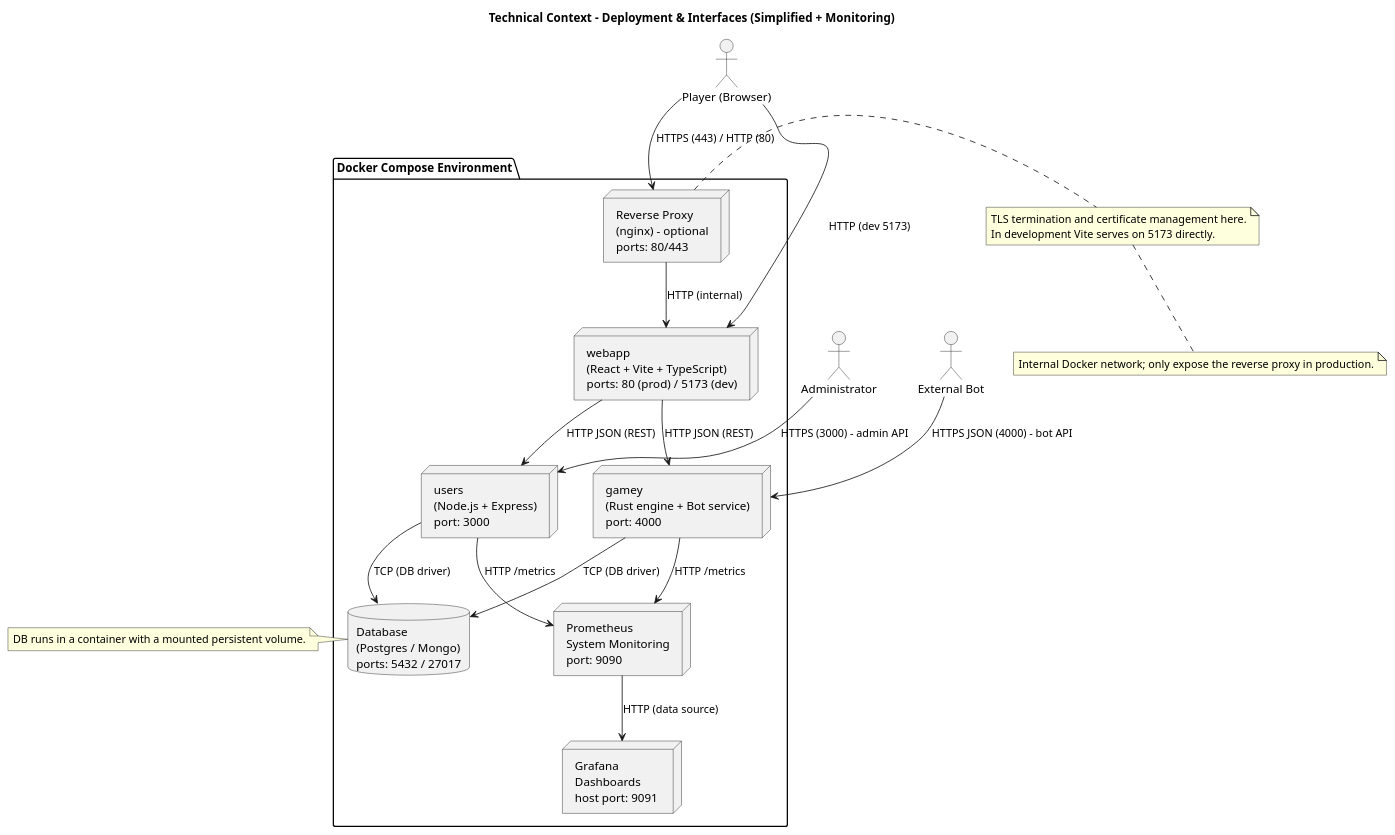
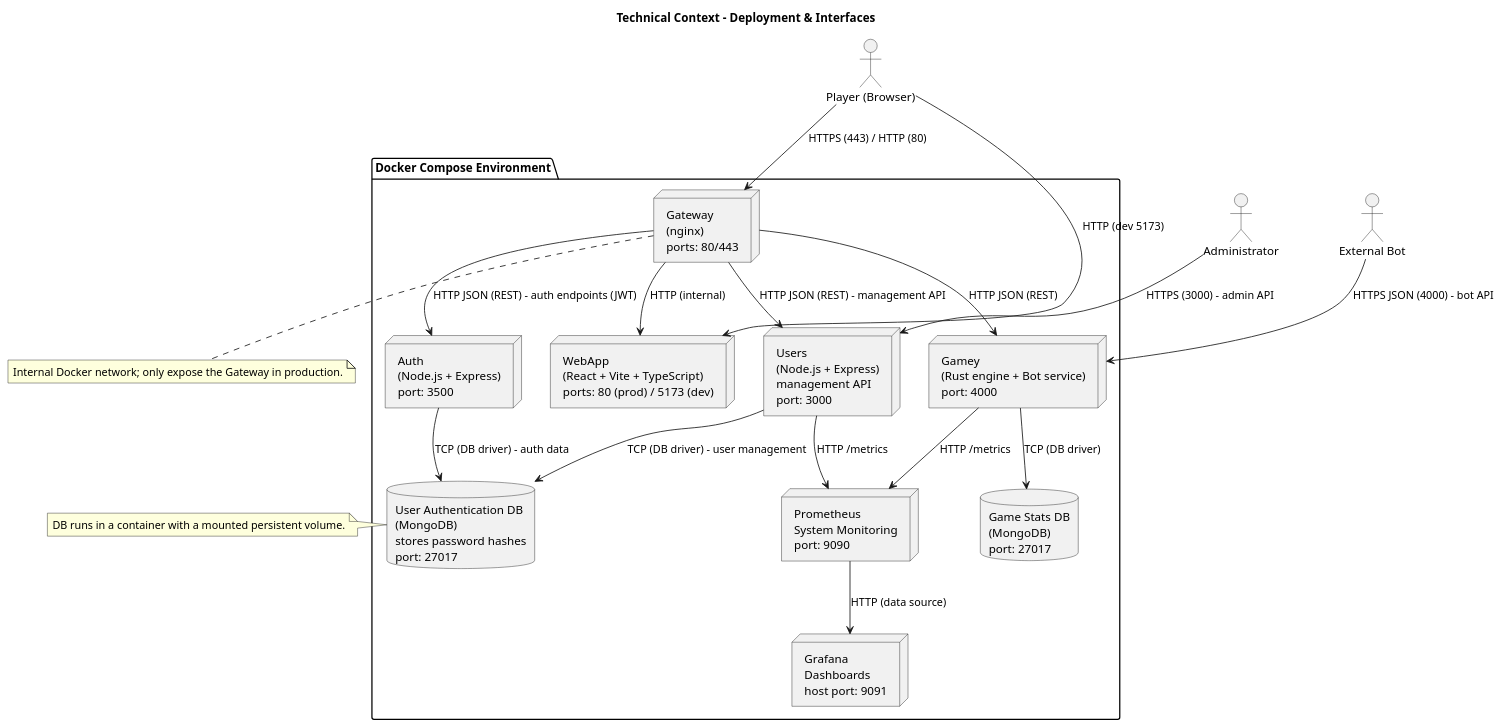
The second of 2 diagrams in docs/src/03_context_and_scope.adoc (Arquisoft/yovi_es4b), drawn with PlantUML before and after one commit. The commit also changed other lines of this file, not shown here.

Commit message:
corrección a partir los comentarios de la revisión del profesor

```diff
--- a/docs/src/03_context_and_scope.adoc
+++ b/docs/src/03_context_and_scope.adoc
@@ -76,53 +83,54 @@
-[plantuml, target=diagram-name, format=png]
+[plantuml, target=technical-context-diagram, format=png]
 ----
 @startuml
-title Technical Context - Deployment & Interfaces (Simplified + Monitoring)
+title Technical Context - Deployment & Interfaces
 
 actor "Player (Browser)" as Browser
 actor "Administrator" as Admin
 actor "External Bot" as ExternalBot
 
 package "Docker Compose Environment" {
-    node "Reverse Proxy\n(nginx) - optional\nports: 80/443" as Proxy
-    node "webapp\n(React + Vite + TypeScript)\nports: 80 (prod) / 5173 (dev)" as WebApp
-    node "users\n(Node.js + Express)\nport: 3000" as Users
-    node "gamey\n(Rust engine + Bot service)\nport: 4000" as Gamey
-    database "Database\n(Postgres / Mongo)\nports: 5432 / 27017" as DB
+
+    node "Gateway\n(nginx)\nports: 80/443" as Gateway
+    node "WebApp\n(React + Vite + TypeScript)\nports: 80 (prod) / 5173 (dev)" as WebApp
+    node "Users\n(Node.js + Express)\nmanagement API\nport: 3000" as Users
+    node "Auth\n(Node.js + Express)\nport: 3500" as Auth
+    node "Gamey\n(Rust engine + Bot service)\nport: 4000" as Gamey
+
+    database "User Authentication DB\n(MongoDB)\nstores password hashes\nport: 27017" as UserDB
+    database "Game Stats DB\n(MongoDB)\nport: 27017" as GameDB
 
     node "Prometheus\nSystem Monitoring\nport: 9090" as Prometheus
-    node "Grafana\nDashboards\nhost port: 9091 " as Grafana
+    node "Grafana\nDashboards\nhost port: 9091" as Grafana
 }
 
 ' --- External interactions ---
-Browser --> Proxy : HTTPS (443) / HTTP (80)
+Browser --> Gateway : HTTPS (443) / HTTP (80)
 Browser --> WebApp : HTTP (dev 5173)
 Admin --> Users : HTTPS (3000) - admin API
 ExternalBot --> Gamey : HTTPS JSON (4000) - bot API
 
 ' --- Internal service communication ---
-Proxy --> WebApp : HTTP (internal)
-WebApp --> Users : HTTP JSON (REST)
-WebApp --> Gamey : HTTP JSON (REST)
-Users --> DB : TCP (DB driver)
-Gamey --> DB : TCP (DB driver)
+Gateway --> WebApp : HTTP (internal)
+Gateway --> Auth : HTTP JSON (REST) - auth endpoints (JWT)
+Gateway --> Users : HTTP JSON (REST) - management API
+Gateway --> Gamey : HTTP JSON (REST)
+Auth --> UserDB : TCP (DB driver) - auth data
+Users --> UserDB : TCP (DB driver) - user management
+Gamey --> GameDB : TCP (DB driver)
 
 ' --- Monitoring ---
 Users --> Prometheus : HTTP /metrics
 Gamey --> Prometheus : HTTP /metrics
 Prometheus --> Grafana : HTTP (data source)
 
-note left of DB
+note left of UserDB
 DB runs in a container with a mounted persistent volume.
 end note
 
-note right of Proxy
-TLS termination and certificate management here.
-In development Vite serves on 5173 directly.
-end note
-
-note bottom
-Internal Docker network; only expose the reverse proxy in production.
+note bottom of Gateway
+Internal Docker network; only expose the Gateway in production.
 end note
 
 @enduml
 ----
```
